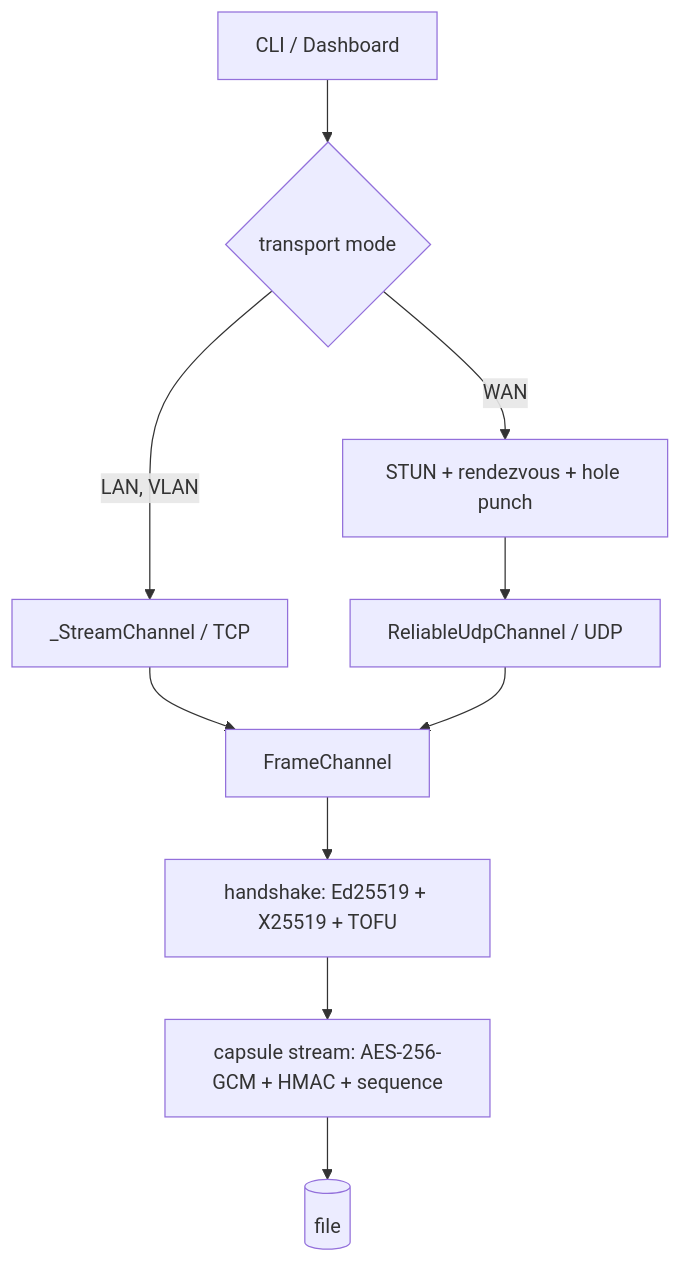
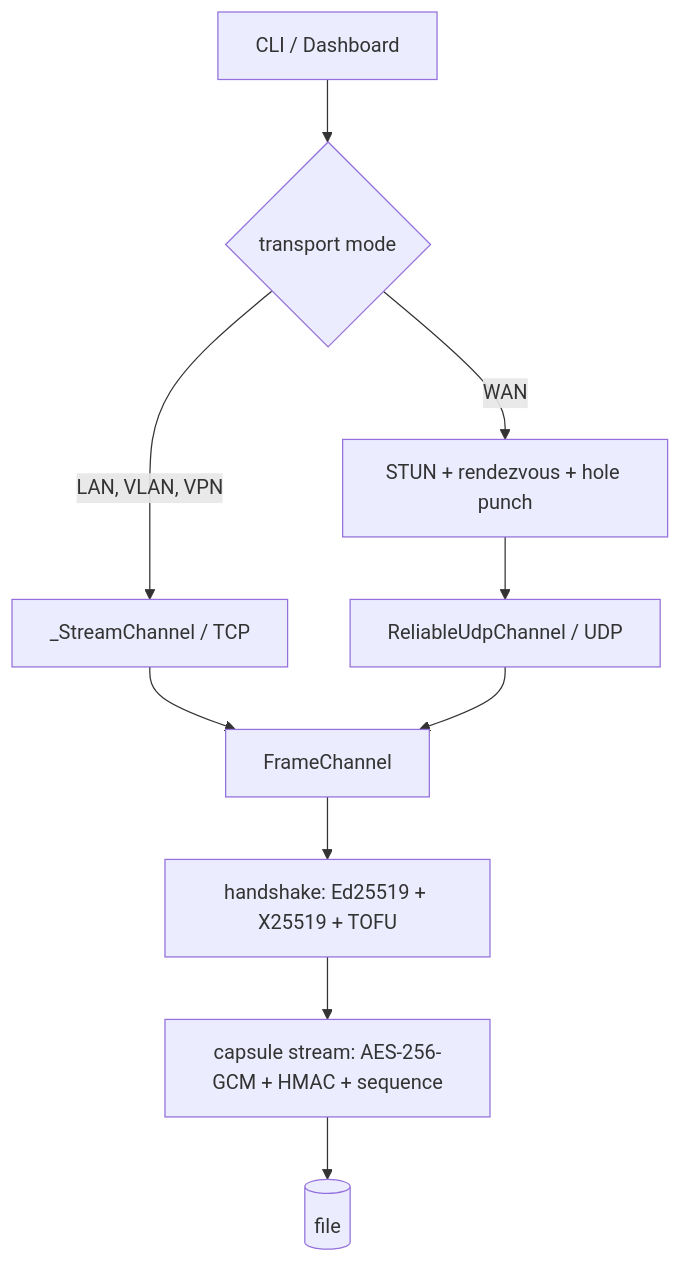
One commit to FirasBech/securelink changed the diagram in README.md. Above: the diagram before and after it, drawn with Mermaid. The commit also changed other lines of this file and 7 other files, not shown here.

Commit message:
Add VPN/Tailscale support: direct-TCP routing, address helper, peer listing

````diff
--- a/README.md
+++ b/README.md
@@ -67,11 +67,11 @@
 ```mermaid
 flowchart TD
   UI[CLI / Dashboard] --> SEL{transport mode}
-  SEL -->|LAN, VLAN| TCP[_StreamChannel / TCP]
+  SEL -->|LAN, VLAN, VPN| TCP[_StreamChannel / TCP]
   SEL -->|WAN| NAT[STUN + rendezvous + hole punch] --> UDP[ReliableUdpChannel / UDP]
   TCP --> CH[FrameChannel]
   UDP --> CH
   CH --> HS[handshake: Ed25519 + X25519 + TOFU]
   HS --> CAP[capsule stream: AES-256-GCM + HMAC + sequence]
   CAP --> FILE[(file)]
 ```
````
